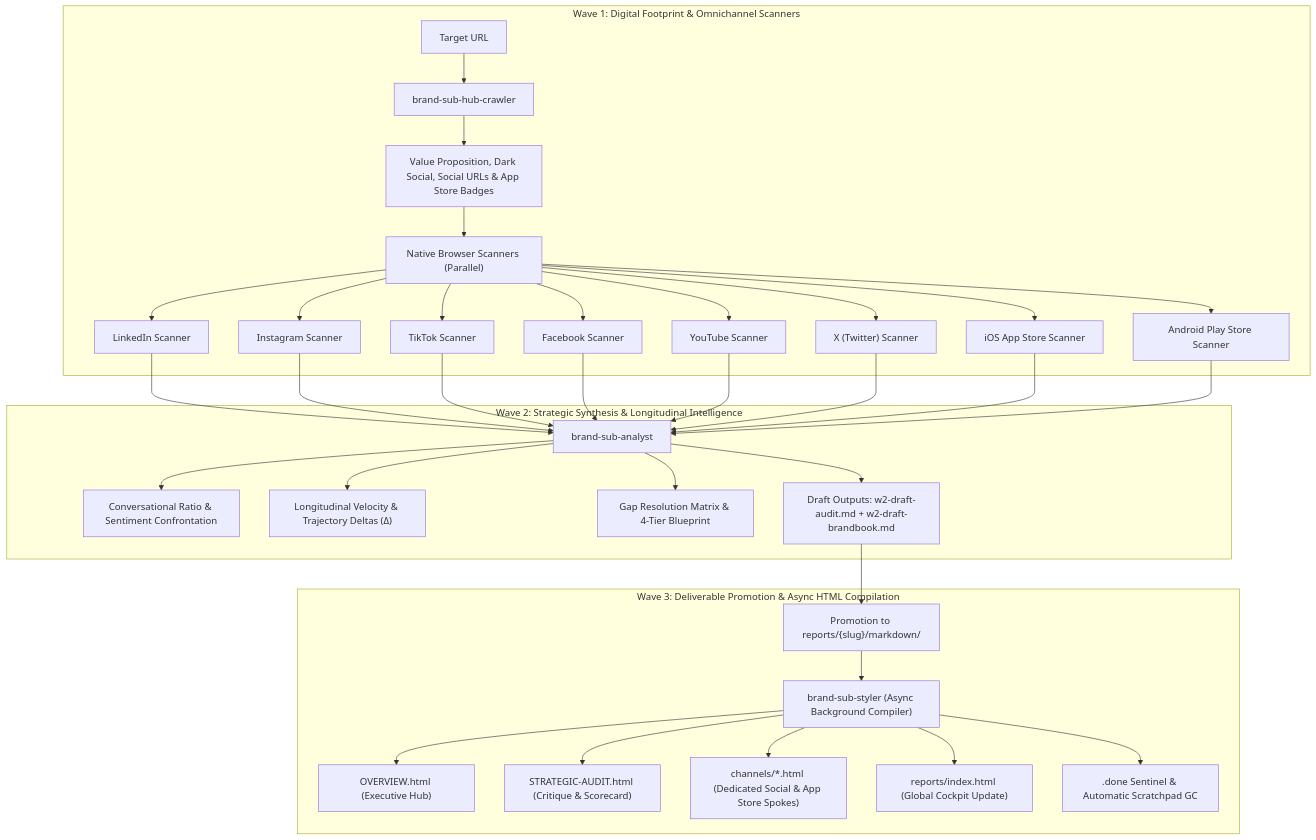
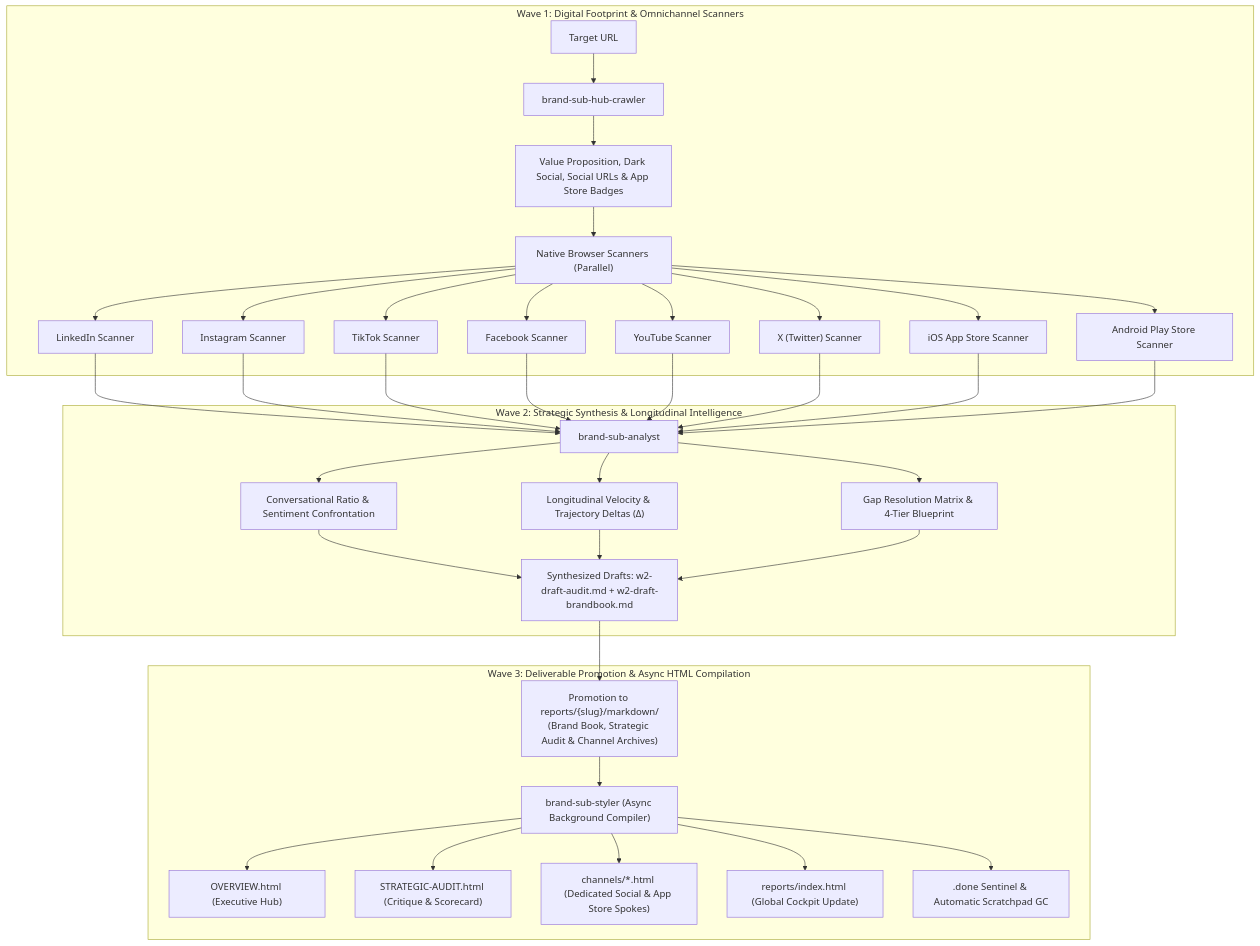
Before and after one commit to nicolasvd/brand-agents-agy: the diagram in README.md, drawn with Mermaid. The commit also changed 1 other file, not shown here.

Commit message:
docs: clarify Wave 2 synthesis funnel and deliverable promotion in Mermaid diagrams

````diff
--- a/README.md
+++ b/README.md
@@ -46,34 +46,34 @@
 ```mermaid
 flowchart TD
     subgraph Wave1["Wave 1: Digital Footprint & Omnichannel Scanners"]
         A["Target URL"] --> B["brand-sub-hub-crawler"]
         B --> C["Value Proposition, Dark Social, Social URLs & App Store Badges"]
         C --> D["Native Browser Scanners (Parallel)"]
         D --> D1["LinkedIn Scanner"]
         D --> D2["Instagram Scanner"]
         D --> D3["TikTok Scanner"]
         D --> D4["Facebook Scanner"]
         D --> D5["YouTube Scanner"]
         D --> D6["X (Twitter) Scanner"]
         D --> D7["iOS App Store Scanner"]
         D --> D8["Android Play Store Scanner"]
     end
 
     subgraph Wave2["Wave 2: Strategic Synthesis & Longitudinal Intelligence"]
         D1 & D2 & D3 & D4 & D5 & D6 & D7 & D8 --> E["brand-sub-analyst"]
         E --> F["Conversational Ratio & Sentiment Confrontation"]
         E --> G["Longitudinal Velocity & Trajectory Deltas (Δ)"]
         E --> H["Gap Resolution Matrix & 4-Tier Blueprint"]
-        E --> I["Draft Outputs: w2-draft-audit.md + w2-draft-brandbook.md"]
+        F & G & H --> I["Synthesized Drafts: w2-draft-audit.md + w2-draft-brandbook.md"]
     end
 
     subgraph Wave3["Wave 3: Deliverable Promotion & Async HTML Compilation"]
-        I --> J["Promotion to reports/{slug}/markdown/"]
+        I --> J["Promotion to reports/{slug}/markdown/<br/>(Brand Book, Strategic Audit & Channel Archives)"]
         J --> K["brand-sub-styler (Async Background Compiler)"]
         K --> L["OVERVIEW.html (Executive Hub)"]
         K --> M["STRATEGIC-AUDIT.html (Critique & Scorecard)"]
         K --> N["channels/*.html (Dedicated Social & App Store Spokes)"]
         K --> O["reports/index.html (Global Cockpit Update)"]
         K --> P[".done Sentinel & Automatic Scratchpad GC"]
     end
 ```
````
